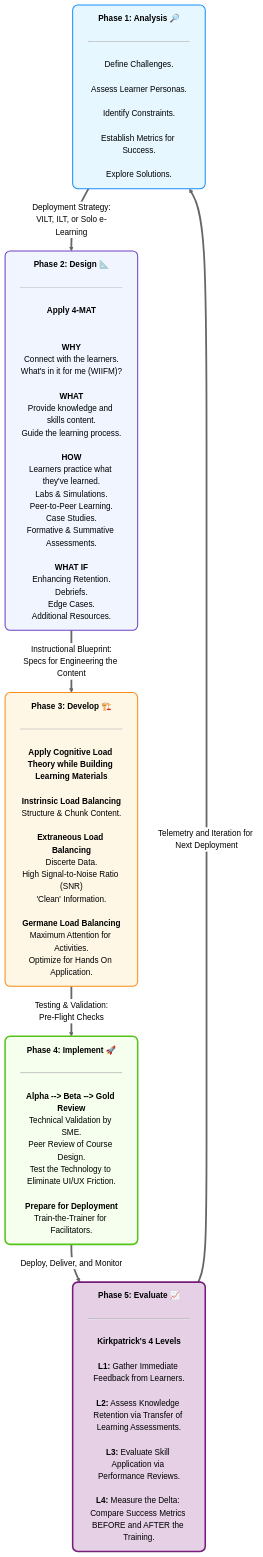
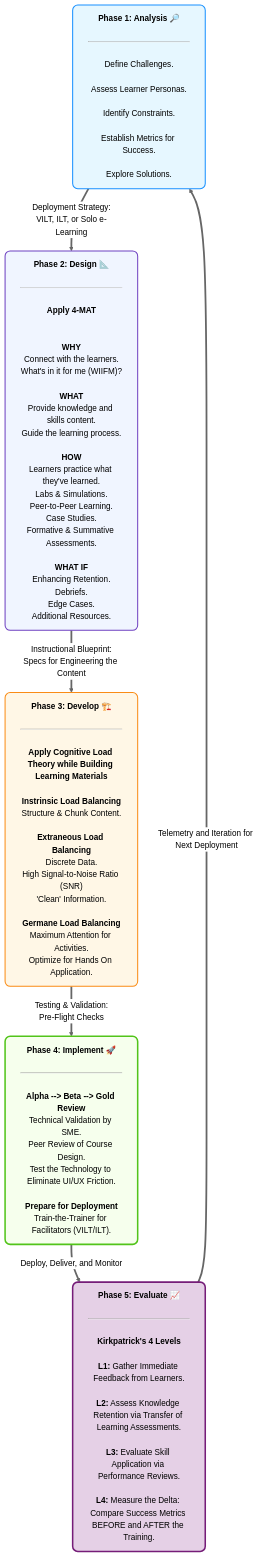
Before and after one commit to WarpSector/Technical-Instructional-Design-and-Enablement: the first of 2 diagrams in README.md, drawn with Mermaid (neutral theme). The commit also changed other lines of this file, not shown here.

Commit message:
Update README.md
Fixed typo on line 46.

````diff
--- a/README.md
+++ b/README.md
@@ -37,40 +37,40 @@
 ```mermaid
 graph TD
     %% --- Phase 1: Analysis ---
     P1["<b><center>Phase 1: Analysis 🔎</center></b><br/><hr/><br/><center>Define Challenges.<br/><br/>Assess Learner Personas.<br/><br/>Identify Constraints.<br/><br/>Establish Metrics for Success.<br/><br/>Explore Solutions.</center>"]
 
     %% --- Phase 2: Design ---
     P2["<b><center>Phase 2: Design 📐</center></b><br/><hr/><br/><b><center>Apply 4-MAT</center></b><br/><br/><center><b>WHY</b><br/>Connect with the learners.<br/>What's in it for me (WIIFM)?<br/><br/><b>WHAT</b><br/>Provide knowledge and skills content.<br/>Guide the learning process.<br/><br/><b>HOW</b><br/>Learners practice what they've learned.<br/>Labs & Simulations.<br/>Peer-to-Peer Learning.<br/>Case Studies.<br/>Formative & Summative Assessments.<br/><br/><b>WHAT IF</b><br/>Enhancing Retention.<br/>Debriefs.<br/>Edge Cases.<br/>Additional Resources."]
 
     %% --- Phase 3: Develop ---
-    P3["<b><center>Phase 3: Develop 🏗️</center></b><br/><hr/><br/><b>Apply Cognitive Load Theory while Building Learning Materials</b><br/><br/><b>Instrinsic Load Balancing</B><br/>Structure & Chunk Content.</br><br/><b>Extraneous Load Balancing</b><br/>Discerte Data.<br/>High Signal-to-Noise Ratio (SNR)<br/>'Clean' Information.<br/><br/><b>Germane Load Balancing</b><br/>Maximum Attention for Activities.<br/>Optimize for Hands On Application."]
+    P3["<b><center>Phase 3: Develop 🏗️</center></b><br/><hr/><br/><b>Apply Cognitive Load Theory while Building Learning Materials</b><br/><br/><b>Instrinsic Load Balancing</B><br/>Structure & Chunk Content.</br><br/><b>Extraneous Load Balancing</b><br/>Discrete Data.<br/>High Signal-to-Noise Ratio (SNR)<br/>'Clean' Information.<br/><br/><b>Germane Load Balancing</b><br/>Maximum Attention for Activities.<br/>Optimize for Hands On Application."]
 
     %% --- Phase 4: Implement ---
-    P4["<b><center>Phase 4: Implement 🚀</center></b><br/><hr/><br/><b>Alpha --> Beta --> Gold Review</b><br/>Technical Validation by SME.<br/>Peer Review of Course Design.<br/>Test the Technology to Eliminate UI/UX Friction.<br/><br/><b>Prepare for Deployment</b><br/>Train-the-Trainer for Facilitators."]
+    P4["<b><center>Phase 4: Implement 🚀</center></b><br/><hr/><br/><b>Alpha --> Beta --> Gold Review</b><br/>Technical Validation by SME.<br/>Peer Review of Course Design.<br/>Test the Technology to Eliminate UI/UX Friction.<br/><br/><b>Prepare for Deployment</b><br/>Train-the-Trainer for Facilitators (VILT/ILT)."]
 
     %% --- Phase 5: Evaluate ---
     P5["<b><center>Phase 5: Evaluate 📈</center></b><br/><hr/><br/><b>Kirkpatrick's 4 Levels</b><br/><br/><b>L1:</b> Gather Immediate Feedback from Learners.<br/><br/><b>L2:</b> Assess Knowledge Retention via Transfer of Learning Assessments.<br/><br/><b>L3:</b> Evaluate Skill Application via Performance Reviews.<br/><br/><b>L4:</b> Measure the Delta: Compare Success Metrics BEFORE and AFTER the Training."]
 
     %% --- The Main Flow ---
     P1 ==> |Deployment Strategy:<br/>VILT, ILT, or Solo e-Learning| P2
     P2 ==> |Instructional Blueprint:<br/>Specs for Engineering the Content| P3
     P3 ==> |Testing & Validation:<br/>Pre-Flight Checks| P4
     P4 ==> |Deploy, Deliver, and Monitor| P5
     
     %% --- The Feedback Loop ---
     P5 ==>|Telemetry and Iteration for Next Deployment| P1
 
     %% --- Styling ---
     %% Using a progressive color scheme from cold (blue) to hot/live (green/orange)
     classDef init fill:#e6f7ff,stroke:#1890ff,stroke-width:2px,color:#000,rx:10,ry:10,text-align:left;
     classDef transfer fill:#f0f5ff,stroke:#6f42c1,stroke-width:2px,color:#000,rx:10,ry:10,text-align:left;
     classDef exec fill:#fff7e6,stroke:#fa8c16,stroke-width:2px,color:#000,rx:10,ry:10,text-align:left;
     classDef prod fill:#f6ffed,stroke:#52c41a,stroke-width:3px,color:#000,rx:10,ry:10,text-align:left;
     classDef eval fill:#e5d0e6,stroke:#751d78,stroke-width:3px,color:#000,rx:10,ry:10,text-align:left;
 
     class P1 init;
     class P2 transfer;
     class P3 exec;
     class P4 prod;
     class P5 eval;
 ```
````
